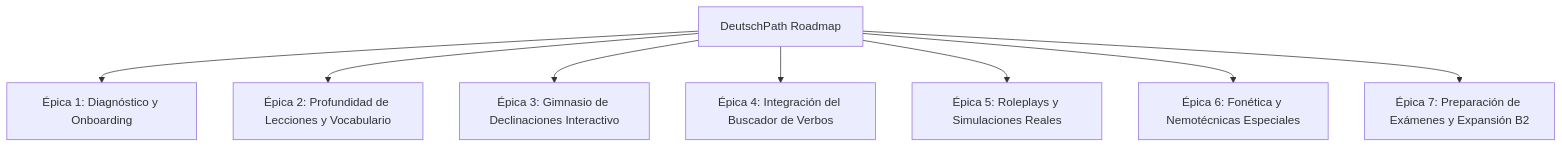
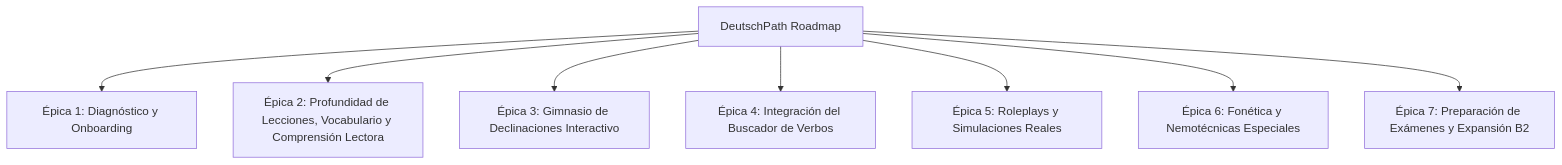
The diagram in BACKLOG.md (dancach/deutschpath), drawn with Mermaid before and after one commit. The commit also changed other lines of this file and 1 other file, not shown here.

````diff
--- a/BACKLOG.md
+++ b/BACKLOG.md
@@ -18,10 +18,10 @@
 ```mermaid
 graph TD
     A[DeutschPath Roadmap] --> B[Épica 1: Diagnóstico y Onboarding]
-    A --> C[Épica 2: Profundidad de Lecciones y Vocabulario]
+    A --> C[Épica 2: Profundidad de Lecciones, Vocabulario y Comprensión Lectora]
     A --> D[Épica 3: Gimnasio de Declinaciones Interactivo]
     A --> E[Épica 4: Integración del Buscador de Verbos]
     A --> F[Épica 5: Roleplays y Simulaciones Reales]
     A --> G[Épica 6: Fonética y Nemotécnicas Especiales]
     A --> H[Épica 7: Preparación de Exámenes y Expansión B2]
 ```
````
